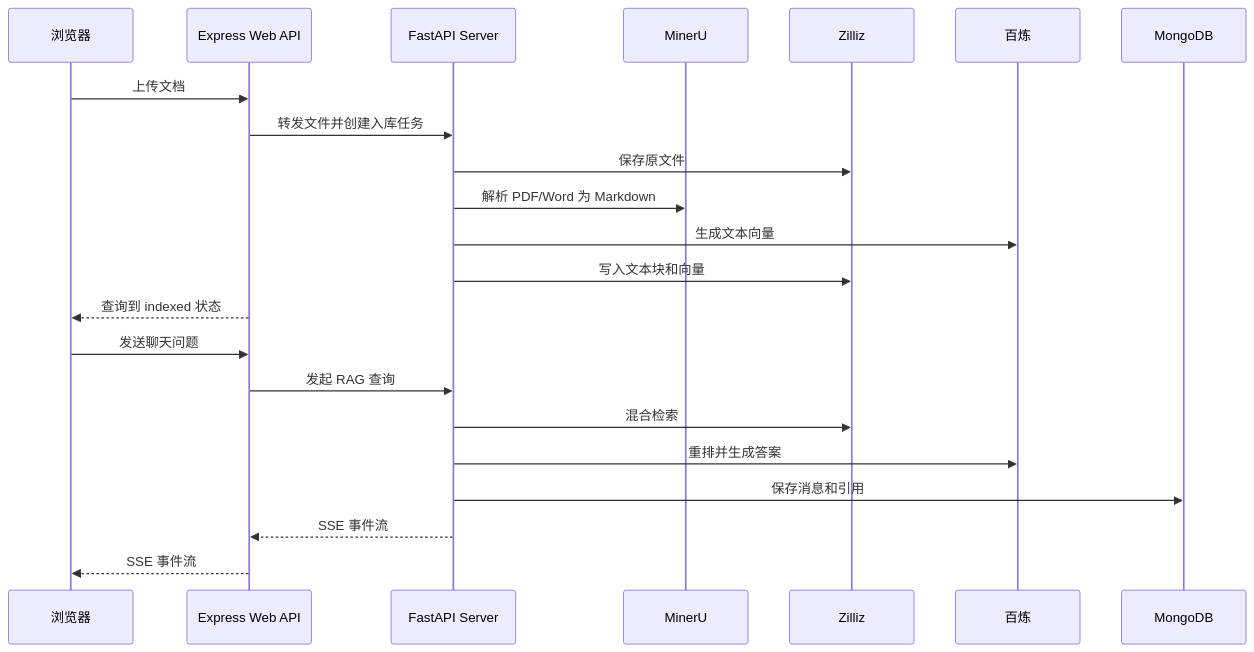
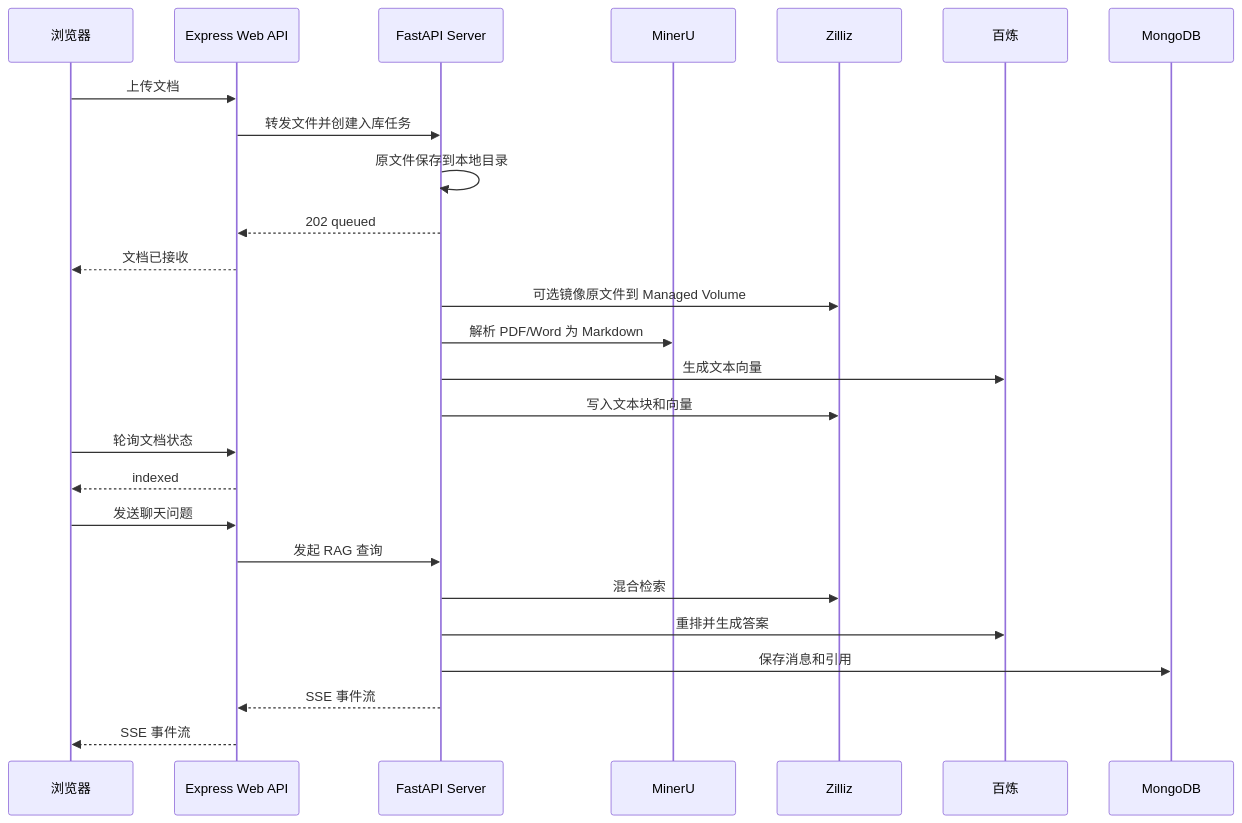
The diagram in README/api.md (t745851718/KnowledgeAgent), drawn with Mermaid before and after one commit. The commit also changed other lines of this file and 6 other files, not shown here.

````diff
--- a/README/api.md
+++ b/README/api.md
@@ -26,26 +26,30 @@
 ```mermaid
 sequenceDiagram
     participant Browser as 浏览器
     participant Express as Express Web API
     participant FastAPI as FastAPI Server
     participant MinerU as MinerU
     participant Zilliz as Zilliz
     participant Bailian as 百炼
     participant MongoDB as MongoDB
 
     Browser->>Express: 上传文档
     Express->>FastAPI: 转发文件并创建入库任务
-    FastAPI->>Zilliz: 保存原文件
+    FastAPI->>FastAPI: 原文件保存到本地目录
+    FastAPI-->>Express: 202 queued
+    Express-->>Browser: 文档已接收
+    FastAPI->>Zilliz: 可选镜像原文件到 Managed Volume
     FastAPI->>MinerU: 解析 PDF/Word 为 Markdown
     FastAPI->>Bailian: 生成文本向量
     FastAPI->>Zilliz: 写入文本块和向量
-    Express-->>Browser: 查询到 indexed 状态
+    Browser->>Express: 轮询文档状态
+    Express-->>Browser: indexed
 
     Browser->>Express: 发送聊天问题
     Express->>FastAPI: 发起 RAG 查询
     FastAPI->>Zilliz: 混合检索
     FastAPI->>Bailian: 重排并生成答案
     FastAPI->>MongoDB: 保存消息和引用
     FastAPI-->>Express: SSE 事件流
     Express-->>Browser: SSE 事件流
 ```
````
